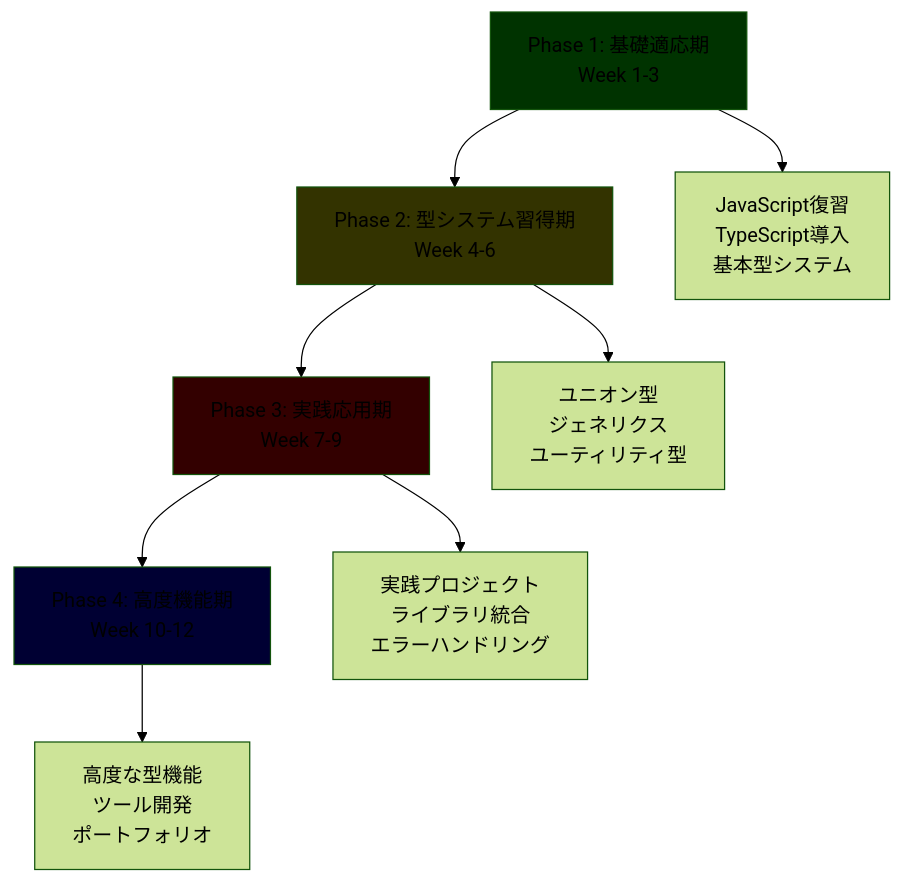
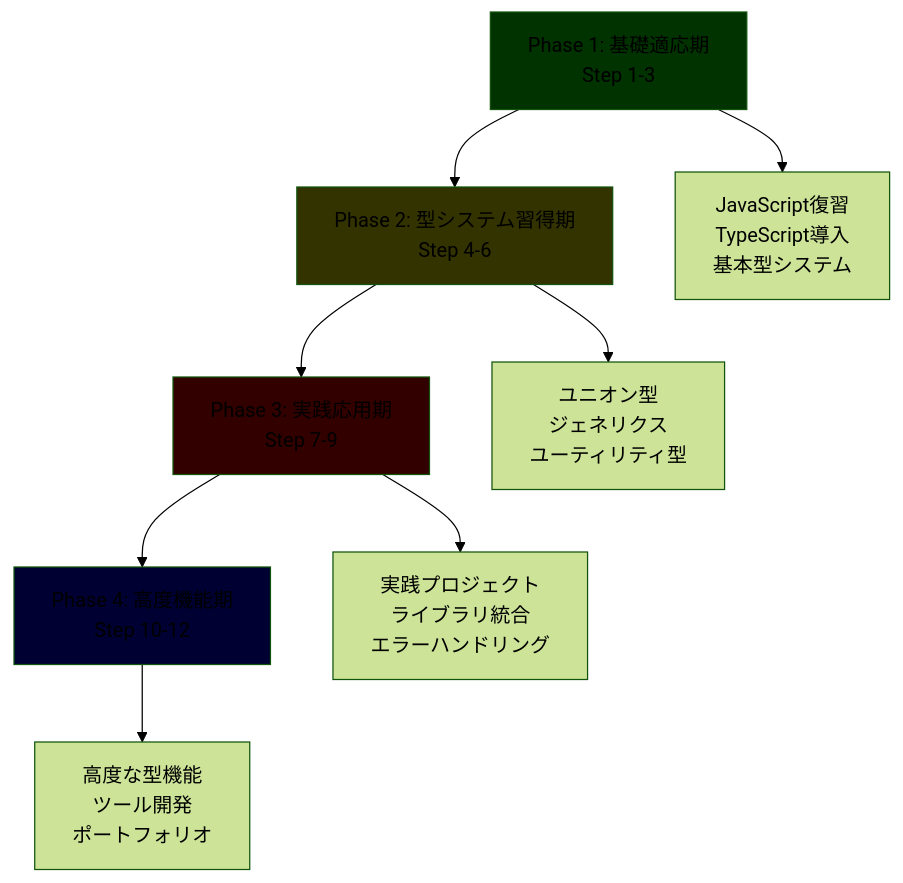
Before and after one commit to shiftplus-corp-homan-keisuke/frontend: the diagram in 学習プラン/Phase1_TypeScript完全習得/TypeScript初心者向け完全学習プラン.md, drawn with Mermaid (forest theme). The commit also changed other lines of this file and 129 other files, not shown here.

````diff
--- a/学習プラン/Phase1_TypeScript完全習得/TypeScript初心者向け完全学習プラン.md
+++ b/学習プラン/Phase1_TypeScript完全習得/TypeScript初心者向け完全学習プラン.md
@@ -23,16 +26,16 @@
 ```mermaid
 graph TD
-    A[Phase 1: 基礎適応期<br/>Week 1-3] --> B[Phase 2: 型システム習得期<br/>Week 4-6]
-    B --> C[Phase 3: 実践応用期<br/>Week 7-9]
-    C --> D[Phase 4: 高度機能期<br/>Week 10-12]
-    
+    A[Phase 1: 基礎適応期<br/>Step 1-3] --> B[Phase 2: 型システム習得期<br/>Step 4-6]
+    B --> C[Phase 3: 実践応用期<br/>Step 7-9]
+    C --> D[Phase 4: 高度機能期<br/>Step 10-12]
+
     A --> A1[JavaScript復習<br/>TypeScript導入<br/>基本型システム]
     B --> B1[ユニオン型<br/>ジェネリクス<br/>ユーティリティ型]
     C --> C1[実践プロジェクト<br/>ライブラリ統合<br/>エラーハンドリング]
     D --> D1[高度な型機能<br/>ツール開発<br/>ポートフォリオ]
-    
+
     style A fill:#003300
     style B fill:#333300
     style C fill:#330000
     style D fill:#000033
 ```
````
